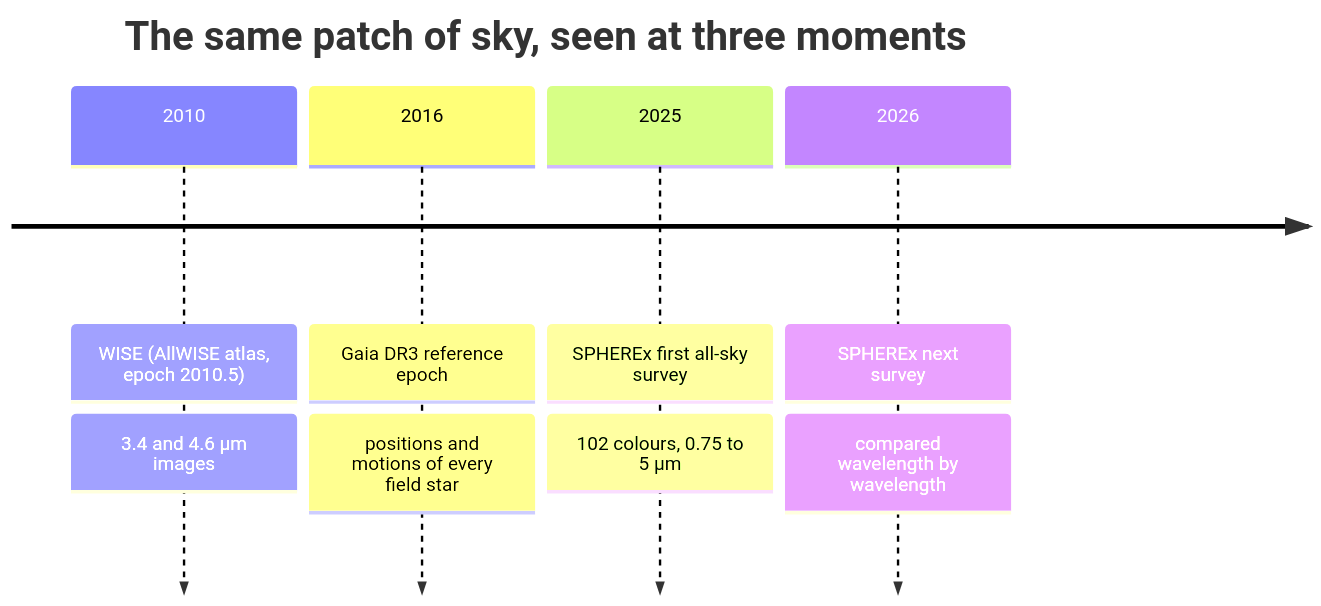
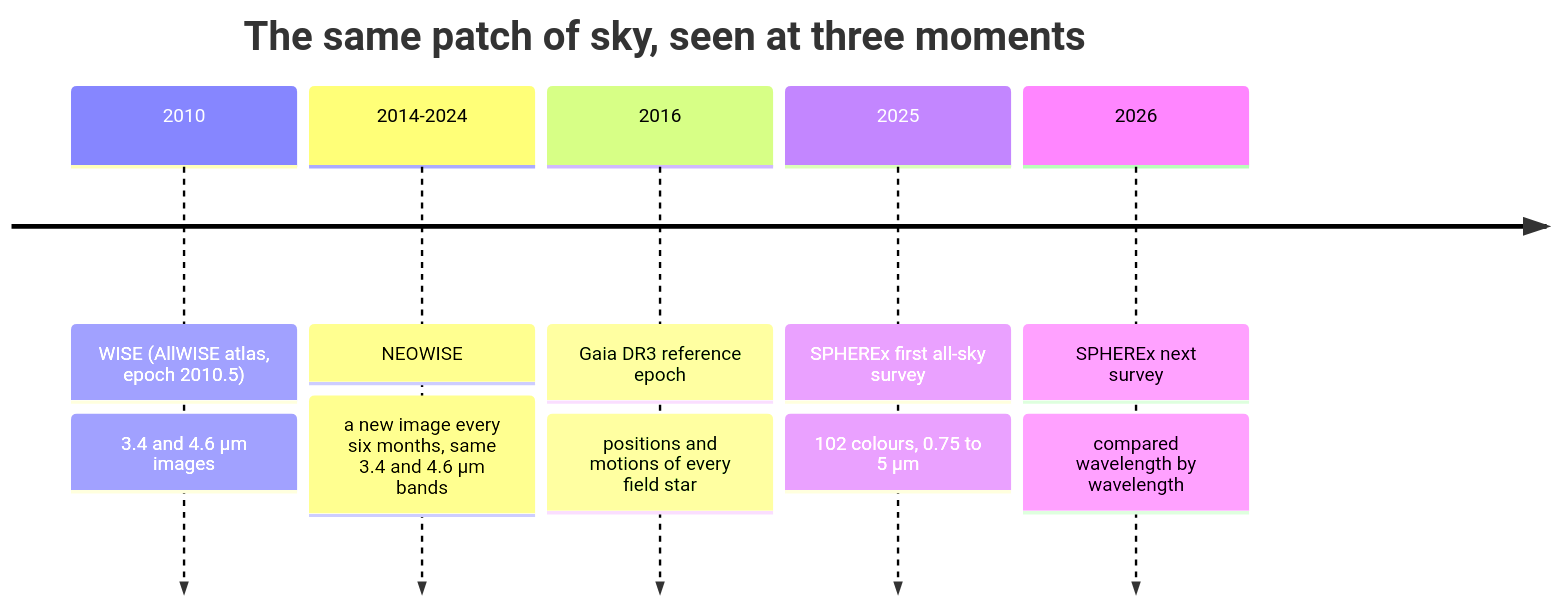
One commit to kneha07/WANDERERS changed the first of 5 diagrams in README.md. Above: the diagram before and after it, drawn with Mermaid. The commit also changed other lines of this file and 1 other file, not shown here.

First line of the commit message:
README: AI-use disclosure, NASA-affiliation note, references; NEOWISE and QR3 in the text; honest limits updated

````diff
--- a/README.md
+++ b/README.md
@@ -36,8 +37,9 @@
 ```mermaid
 timeline
   title The same patch of sky, seen at three moments
   2010 : WISE (AllWISE atlas, epoch 2010.5) : 3.4 and 4.6 µm images
+  2014-2024 : NEOWISE : a new image every six months, same 3.4 and 4.6 µm bands
   2016 : Gaia DR3 reference epoch : positions and motions of every field star
   2025 : SPHEREx first all-sky survey : 102 colours, 0.75 to 5 µm
   2026 : SPHEREx next survey : compared wavelength by wavelength
 ```
````
